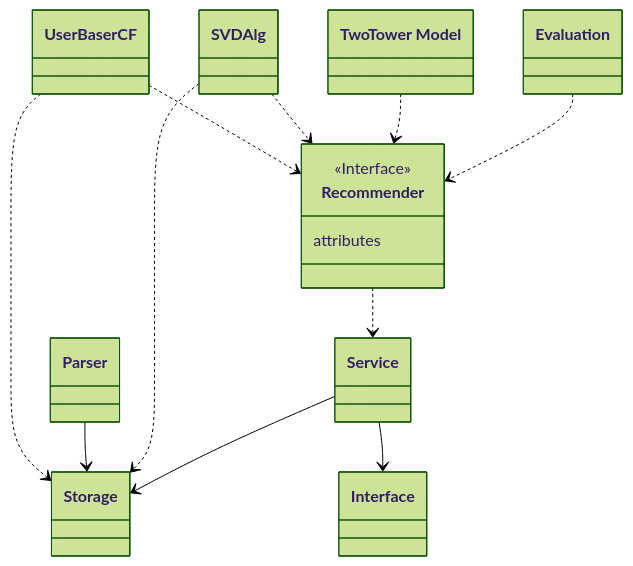
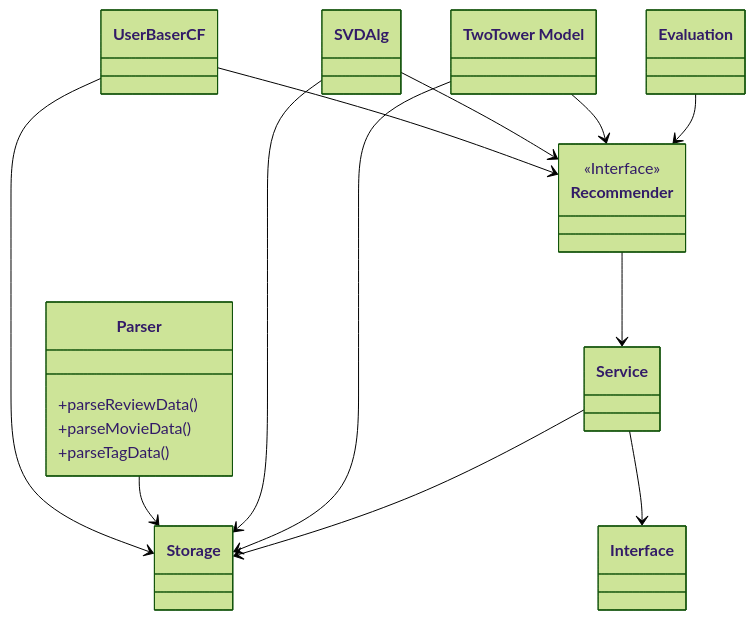
The diagram in README.md (w1c1y1/Java-RecSys), drawn with Mermaid (forest theme) before and after one commit.

Commit message:
Diagram additions

````diff
--- a/README.md
+++ b/README.md
@@ -3,26 +3,30 @@
 ```mermaid
 classDiagram
     class UserBaserCF
-    class Parser
+    class Parser {
+        +parseReviewData()
+        +parseMovieData()
+        +parseTagData()
+    }
     class SVDAlg
     class Storage
     class TwoTowerModel["TwoTower Model"]
     class Recommender {
         <<Interface>>
-        attributes
     }
     class Evaluation
     class Service
     class Interface
 
-    UserBaserCF ..> Storage
-    UserBaserCF ..> Recommender
+    UserBaserCF --> Storage
+    UserBaserCF --> Recommender
     Parser --> Storage
-    SVDAlg ..> Recommender
-    SVDAlg ..> Storage
-    TwoTowerModel ..> Recommender
-    Recommender ..> Service
-    Evaluation ..> Recommender
+    SVDAlg --> Recommender
+    SVDAlg --> Storage
+    TwoTowerModel --> Recommender
+    TwoTowerModel --> Storage
+    Recommender --> Service
+    Evaluation --> Recommender
     Service --> Storage
     Service --> Interface
 ```
````
